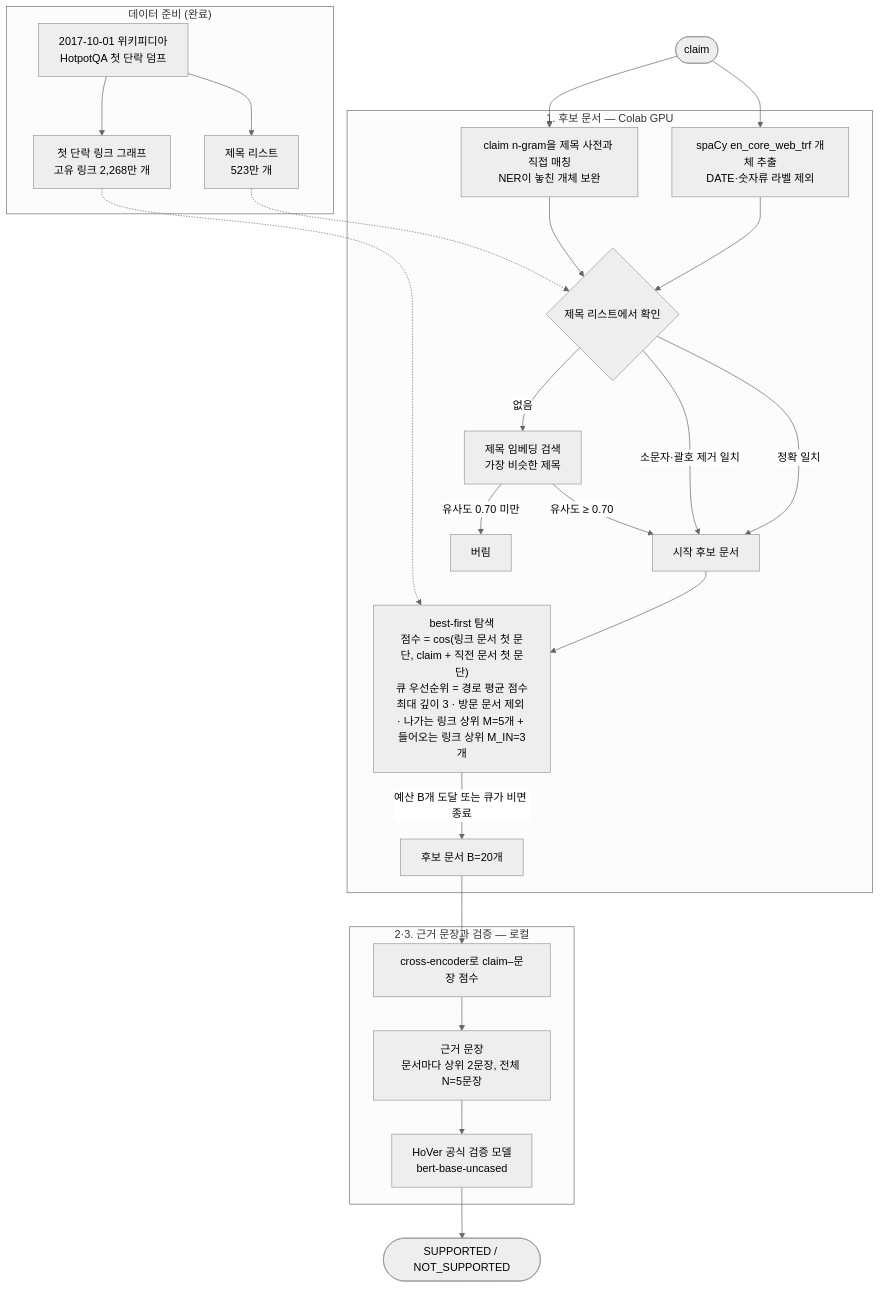
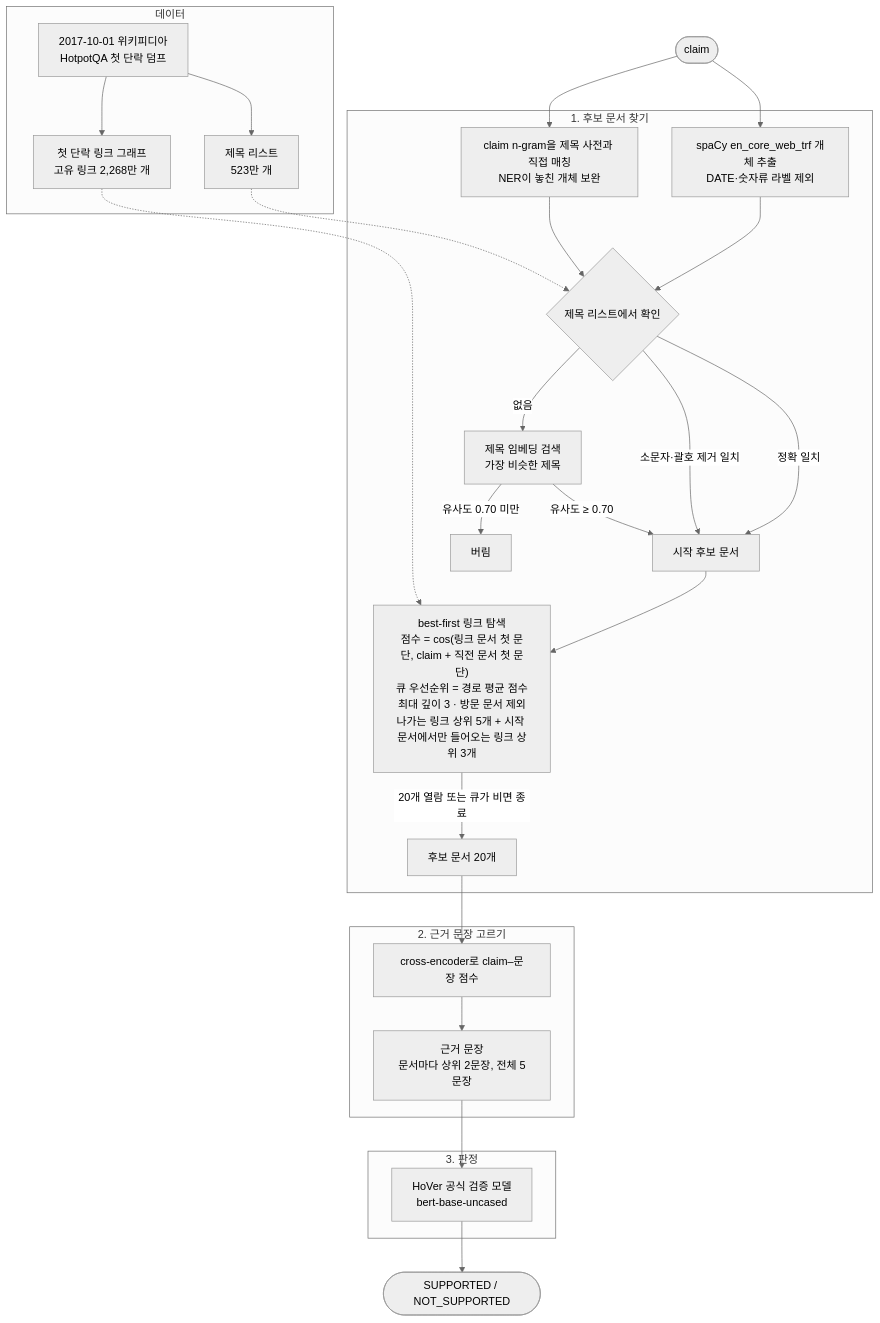
One commit to poohgajoah/hover-wiki-graph changed the first of 2 diagrams in README.md. Above: the diagram before and after it, drawn with Mermaid (neutral theme). The commit also changed other lines of this file, not shown here.

Commit message:
README: drop Colab/local labels from pipeline diagrams

````diff
--- a/README.md
+++ b/README.md
@@ -56,42 +56,45 @@
 ```mermaid
 flowchart TD
-    subgraph PREP["데이터 준비 (완료)"]
+    subgraph PREP["데이터"]
         WIKI["2017-10-01 위키피디아<br/>HotpotQA 첫 단락 덤프"] --> TITLES["제목 리스트<br/>523만 개"]
         WIKI --> GRAPH["첫 단락 링크 그래프<br/>고유 링크 2,268만 개"]
     end
 
     CLAIM(["claim"])
 
-    subgraph COLAB["1. 후보 문서 — Colab GPU"]
+    subgraph RETR["1. 후보 문서 찾기"]
         NER["spaCy en_core_web_trf 개체 추출<br/>DATE·숫자류 라벨 제외"]
         NGRAM["claim n-gram을 제목 사전과 직접 매칭<br/>NER이 놓친 개체 보완"]
         CHECK{"제목 리스트에서 확인"}
         EMB["제목 임베딩 검색<br/>가장 비슷한 제목"]
         DROP["버림"]
         SEED["시작 후보 문서"]
-        BFS["best-first 탐색<br/>점수 = cos(링크 문서 첫 문단, claim + 직전 문서 첫 문단)<br/>큐 우선순위 = 경로 평균 점수<br/>최대 깊이 3 · 방문 문서 제외 · 나가는 링크 상위 M=5개 + 들어오는 링크 상위 M_IN=3개"]
-        DOCS["후보 문서 B=20개"]
+        BFS["best-first 링크 탐색<br/>점수 = cos(링크 문서 첫 문단, claim + 직전 문서 첫 문단)<br/>큐 우선순위 = 경로 평균 점수<br/>최대 깊이 3 · 방문 문서 제외<br/>나가는 링크 상위 5개 + 시작 문서에서만 들어오는 링크 상위 3개"]
+        DOCS["후보 문서 20개"]
     end
 
-    subgraph LOCAL["2·3. 근거 문장과 검증 — 로컬"]
+    subgraph EVIDENCE["2. 근거 문장 고르기"]
         CE["cross-encoder로 claim–문장 점수"]
-        EVID["근거 문장<br/>문서마다 상위 2문장, 전체 N=5문장"]
+        EVID["근거 문장<br/>문서마다 상위 2문장, 전체 5문장"]
+    end
+
+    subgraph VERIFY["3. 판정"]
         VER["HoVer 공식 검증 모델<br/>bert-base-uncased"]
     end
 
     LABEL(["SUPPORTED / NOT_SUPPORTED"])
 
     CLAIM --> NER & NGRAM
     TITLES -.-> CHECK
     NER --> CHECK
     NGRAM --> CHECK
     CHECK -->|"정확 일치"| SEED
     CHECK -->|"소문자·괄호 제거 일치"| SEED
     CHECK -->|"없음"| EMB
     EMB -->|"유사도 ≥ 0.70"| SEED
     EMB -->|"유사도 0.70 미만"| DROP
     SEED --> BFS
     GRAPH -.-> BFS
-    BFS -->|"예산 B개 도달 또는 큐가 비면 종료"| DOCS
+    BFS -->|"20개 열람 또는 큐가 비면 종료"| DOCS
     DOCS --> CE --> EVID --> VER --> LABEL
 ```
````
